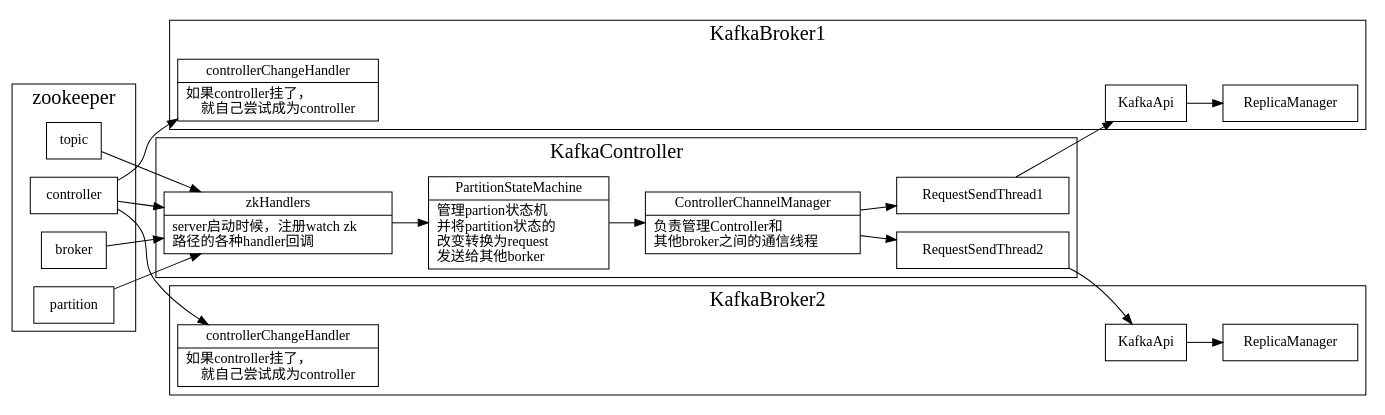
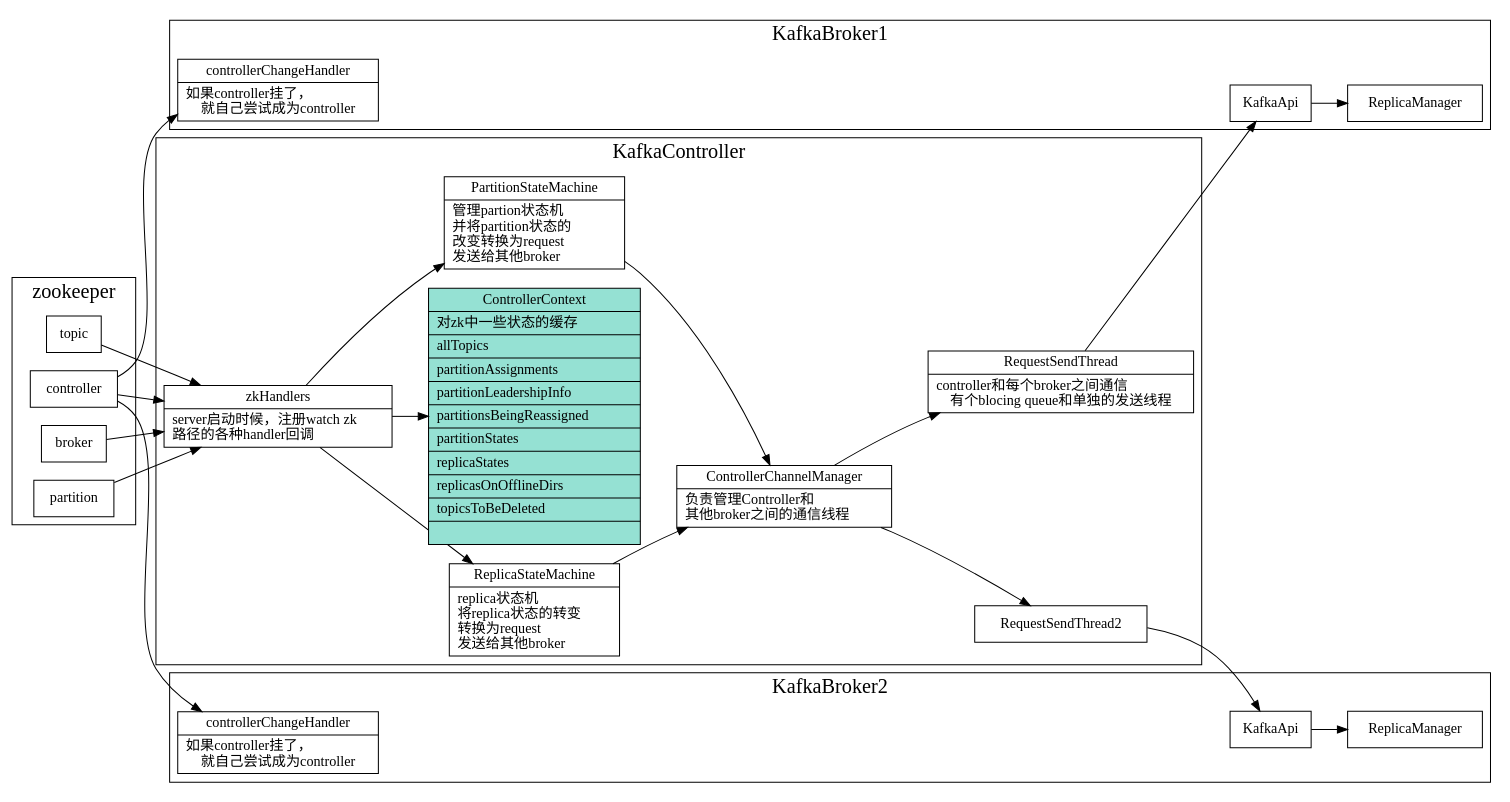
Before and after one commit to xieyu/blog: the diagram in src/kafka/allpartion-overview.dot, drawn with Graphviz. The commit also changed 22 other files, not shown here.

```diff
--- a/src/kafka/allpartion-overview.dot
+++ b/src/kafka/allpartion-overview.dot
@@ -1,78 +1,116 @@
 digraph allpartionsoverview {
   node[shape=box];
   newrank=true;
   rankdir=LR;
   subgraph cluster_zookeeper {
     graph[label="zookeeper";fontsize=20;];
     topic;
     controller;
     broker;
     partition;
   }
   {topic, controller, broker, partition} -> zkHandlers;
   controller -> borker1_controllerChangeHandler;
   controller -> borker2_controllerChangeHandler;
 
   subgraph cluster_KafkaController {
     graph[label="KafkaController";fontsize=20;];
     zkHandlers -> PartitionStateMachine -> ControllerChannelManager;
     zkHandlers[shape="record";
       label="{{
         zkHandlers|
           server启动时候，注册watch zk\l
           路径的各种handler回调\l
       }}";
     ];
+    zkHandlers -> ReplicaStateMachine;
     PartitionStateMachine[shape="record";
       label="{{
         PartitionStateMachine|
           管理partion状态机\l 
           并将partition状态的\l 
           改变转换为request \l 
-          发送给其他borker\l
+          发送给其他broker\l
+      }}";
+    ];
+    ReplicaStateMachine[
+      shape="record";
+      label="{{
+        ReplicaStateMachine|
+        replica状态机\l
+        将replica状态的转变\l 
+        转换为request\l
+        发送给其他broker\l
       }}";
     ];
     ControllerChannelManager[shape="record";
       label="{{
         ControllerChannelManager|
           负责管理Controller和\l 
           其他broker之间的通信线程\l
+      }}";
+    ];
+    ControllerContext[
+      fillcolor="#95e1d3";
+      style=filled;
+      shape="record";
+      label="{{
+        ControllerContext|
+        对zk中一些状态的缓存\l|
+        allTopics\l|
+        partitionAssignments\l|
+        partitionLeadershipInfo\l|
+        partitionsBeingReassigned\l|
+        partitionStates\l|
+        replicaStates\l|
+        replicasOnOfflineDirs\l|
+        topicsToBeDeleted\l|
+      }}";
+    ];
+    zkHandlers -> ControllerContext;
+    ReplicaStateMachine -> ControllerChannelManager;
+    RequestSendThread1[
+      shape="record";
+      label="{{
+        RequestSendThread|
+        controller和每个broker之间通信\l
+        有个blocing queue和单独的发送线程
       }}";
     ];
     ControllerChannelManager ->{
       RequestSendThread1;
       RequestSendThread2;
     }
   }
 
   subgraph cluster_KafkaBroker1 {
     graph[label="KafkaBroker1";fontsize=20;];
     borker1_controllerChangeHandler[shape="record";
       label="{{
           controllerChangeHandler|
           如果controller挂了，\l 
           就自己尝试成为controller
       }}";
     ];
     borker1_KafkaApi[label="KafkaApi"];
     borker1_ReplicaManager[label="ReplicaManager"];
     borker1_KafkaApi ->borker1_ReplicaManager;
   }
 
   subgraph cluster_KafkaBroker2 {
     graph[label="KafkaBroker2";fontsize=20;];
     borker2_controllerChangeHandler[shape="record";
       label="{{
           controllerChangeHandler|
           如果controller挂了，\l 
           就自己尝试成为controller
       }}";
     ];
     borker2_KafkaApi[label="KafkaApi"];
     borker2_ReplicaManager[label="ReplicaManager"];
     borker2_KafkaApi -> borker2_ReplicaManager;
   }
   RequestSendThread1 -> borker1_KafkaApi;
   RequestSendThread2 -> borker2_KafkaApi;
 
 }
```
